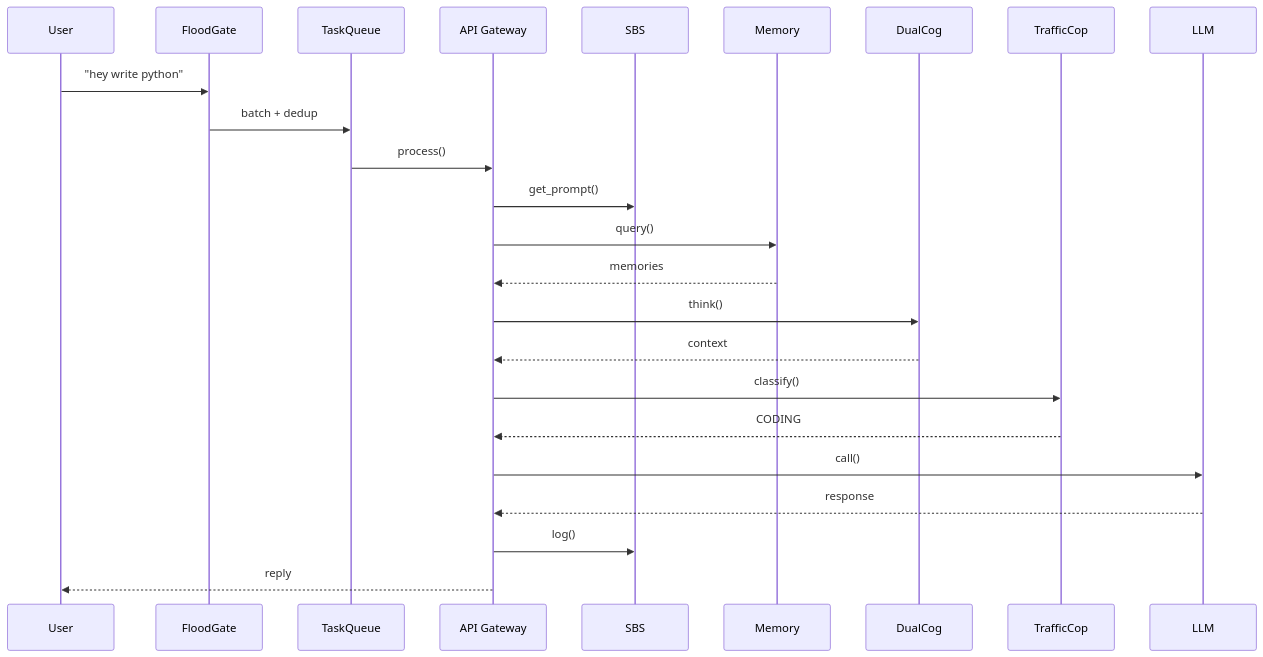
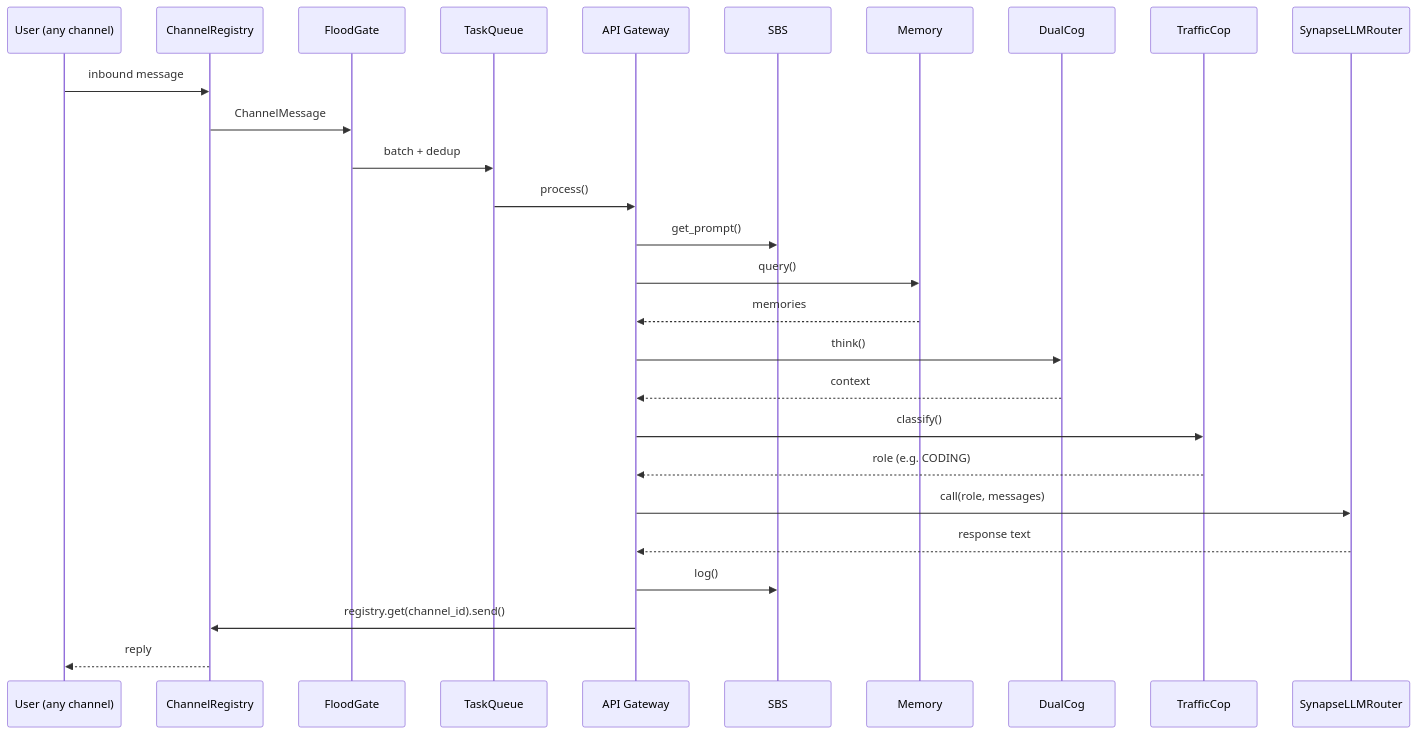
One commit to UpayanGhosh/Synapse-OSS changed the eighth of 8 diagrams in ARCHITECTURE.md. Above: the diagram before and after it, drawn with Mermaid. The commit also changed other lines of this file and 3 other files, not shown here.

First line of the commit message:
docs: update all user-facing docs — remove openclaw, add multi-channel support

````diff
--- a/ARCHITECTURE.md
+++ b/ARCHITECTURE.md
@@ -363,27 +474,30 @@
 ```mermaid
 sequenceDiagram
-    participant U as User
+    participant U as User (any channel)
+    participant CR as ChannelRegistry
     participant FG as FloodGate
     participant Q as TaskQueue
     participant G as API Gateway
     participant SBS as SBS
     participant ME as Memory
     participant DC as DualCog
     participant TC as TrafficCop
-    participant LLM as LLM
+    participant LLM as SynapseLLMRouter
 
-    U->>FG: "hey write python"
+    U->>CR: inbound message
+    CR->>FG: ChannelMessage
     FG->>Q: batch + dedup
     Q->>G: process()
     G->>SBS: get_prompt()
     G->>ME: query()
     ME-->>G: memories
     G->>DC: think()
     DC-->>G: context
     G->>TC: classify()
-    TC-->>G: CODING
-    G->>LLM: call()
-    LLM-->>G: response
+    TC-->>G: role (e.g. CODING)
+    G->>LLM: call(role, messages)
+    LLM-->>G: response text
     G->>SBS: log()
-    G-->>U: reply
+    G->>CR: registry.get(channel_id).send()
+    CR-->>U: reply
 ```
````
